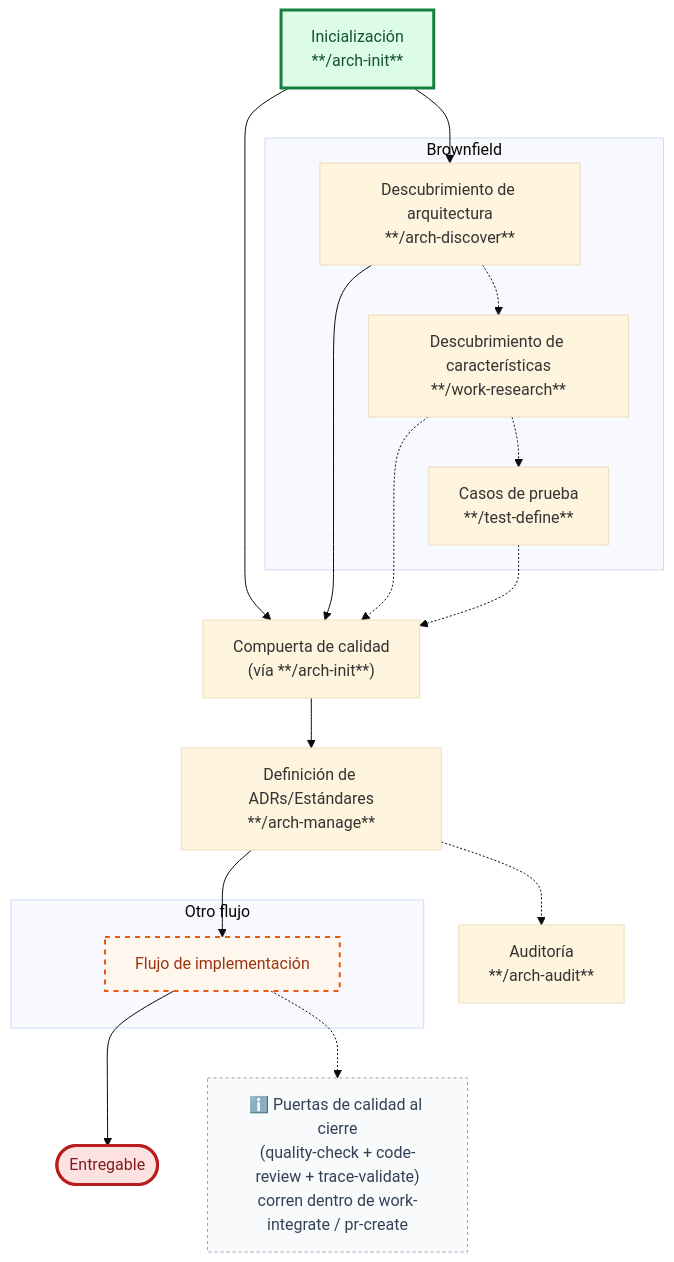
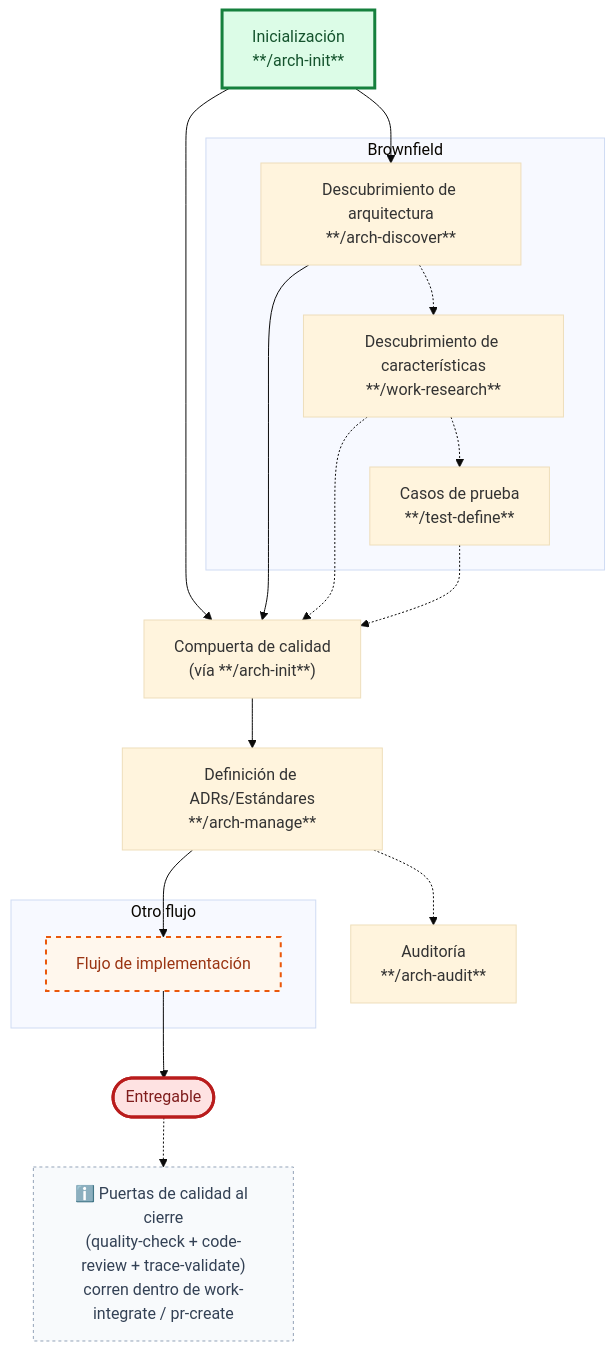
Before and after one commit to juanca202/ai: the first of 3 diagrams in README.md, drawn with Mermaid (base theme).

Commit message:
docs: anchor quality gate note to deliverable in harness diagram

````diff
--- a/README.md
+++ b/README.md
@@ -43,32 +43,32 @@
 ```mermaid
 flowchart TD
     INIT["Inicialización<br/>**/arch-init**"]
     subgraph BF["Brownfield"]
         BA["Descubrimiento de arquitectura<br/>**/arch-discover**"]
         BA -.-> WR["Descubrimiento de características<br/>**/work-research**"]
         WR -.-> TD["Casos de prueba<br/>**/test-define**"]
     end
     INIT --> BA
     INIT --> T["Compuerta de calidad<br/>(vía **/arch-init**)"]
     BA --> T
     WR -.-> T
     TD -.-> T
     T --> S["Definición de ADRs/Estándares<br/>**/arch-manage**"]
     S -.-> AUD["Auditoría<br/>**/arch-audit**"]
     subgraph NESTED["Otro flujo"]
         IMPL["Flujo de implementación"]
     end
     S --> IMPL
     IMPL --> DONE(["Entregable"])
     NOTE["ℹ️ Puertas de calidad al cierre<br/>(quality-check + code-review + trace-validate)<br/>corren dentro de work-integrate / pr-create"]
-    IMPL -.-> NOTE
+    DONE -.-> NOTE
 
     classDef nestedFlow fill:#fff7ed,stroke:#ea580c,stroke-width:2px,stroke-dasharray:5 5,color:#9a3412
     classDef entryPoint fill:#dcfce7,stroke:#15803d,stroke-width:3px,color:#14532d
     classDef exitPoint fill:#fee2e2,stroke:#b91c1c,stroke-width:3px,color:#7f1d1d
     classDef note fill:#f8fafc,stroke:#94a3b8,stroke-width:1px,stroke-dasharray:3 3,color:#334155
     class IMPL nestedFlow
     class INIT entryPoint
     class DONE exitPoint
     class NOTE note
 ```
````
